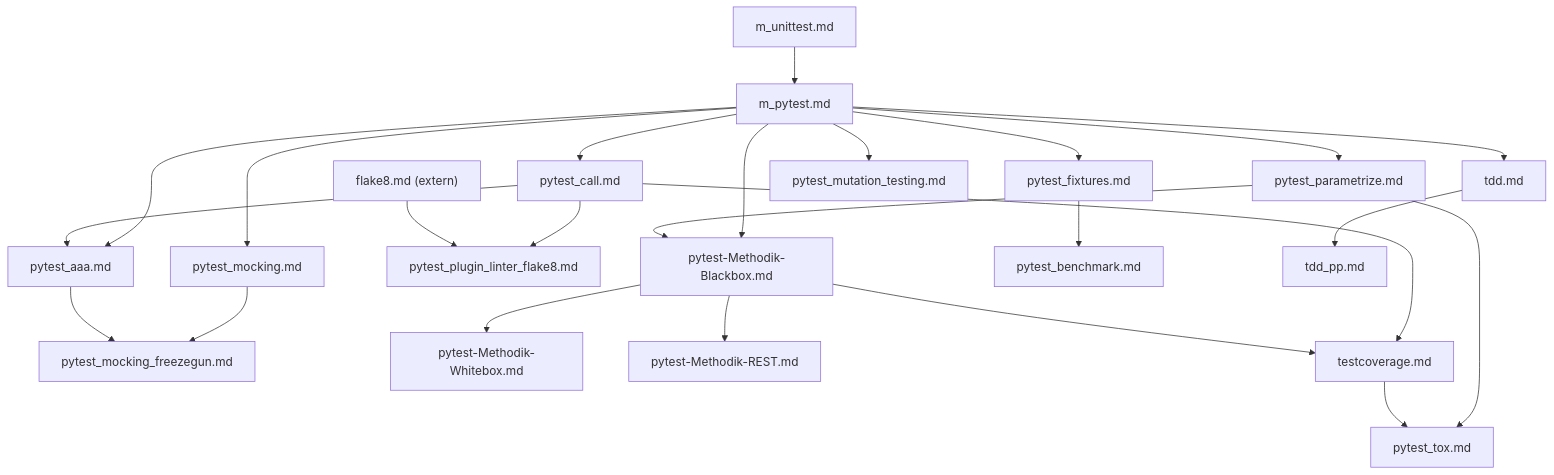
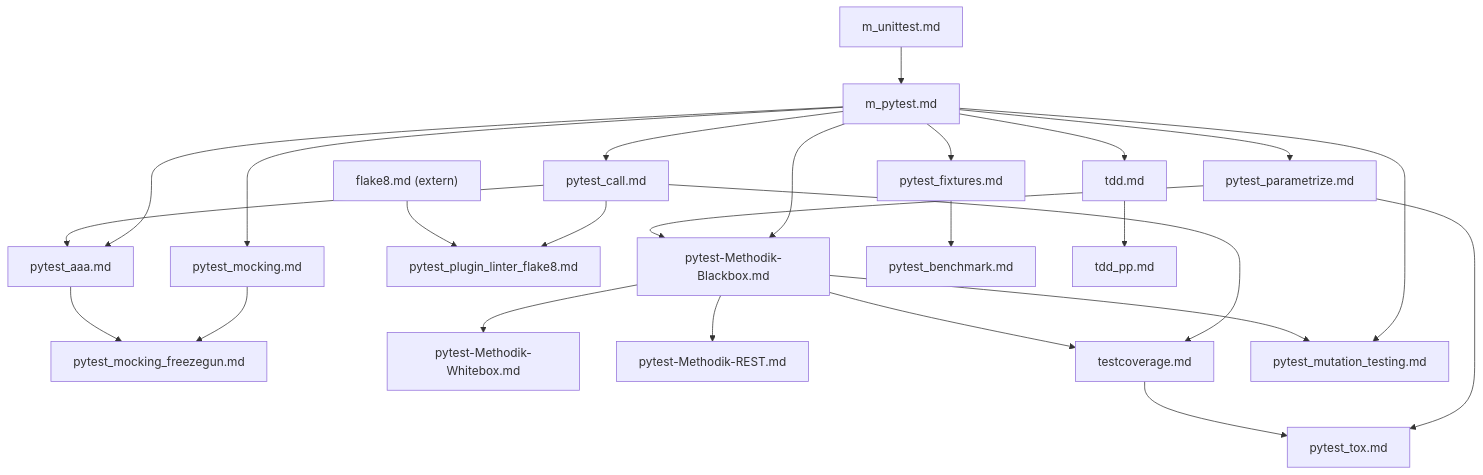
Before and after one commit to fubinf/propra-inf: the diagram in ch/Testen/Unittests/index.md, drawn with Mermaid. The commit also changed other lines of this file and 4 other files, not shown here.

Commit message:
pytest_mutation_testing.md: #157; added task in stage alpha

````diff
--- a/ch/Testen/Unittests/index.md
+++ b/ch/Testen/Unittests/index.md
@@ -19,46 +19,47 @@
 ```mermaid
 graph TD
     m_unittest["m_unittest.md"]
     m_pytest["m_pytest.md"]
     pytest_call["pytest_call.md"]
     pytest_parametrize["pytest_parametrize.md"]
     pytest_aaa["pytest_aaa.md"]
     pytest_fixtures["pytest_fixtures.md"]
     pytest_mocking["pytest_mocking.md"]
     pytest_mocking_freezegun["pytest_mocking_freezegun.md"]
     pytest_plugin_linter_flake8["pytest_plugin_linter_flake8.md"]
     tdd["tdd.md"]
     pytest_methodik_blackbox["pytest-Methodik-Blackbox.md"]
     pytest_methodik_whitebox["pytest-Methodik-Whitebox.md"]
     pytest_methodik_rest["pytest-Methodik-REST.md"]
     flake8_ext["flake8.md (extern)"]
     testcoverage["testcoverage.md"]
     pytest_benchmark["pytest_benchmark.md"]
     pytest_tox["pytest_tox.md"]
     pytest_mutation_testing["pytest_mutation_testing.md"]
     tdd_pp["tdd_pp.md"]
 
     m_unittest --> m_pytest
     m_pytest --> pytest_call
     m_pytest --> pytest_parametrize
     m_pytest --> pytest_aaa
     m_pytest --> pytest_fixtures
     m_pytest --> pytest_mocking
     m_pytest --> tdd
     m_pytest --> pytest_methodik_blackbox
     m_pytest --> pytest_mutation_testing
     pytest_call --> pytest_aaa
     pytest_call --> pytest_plugin_linter_flake8
     pytest_call --> testcoverage
     pytest_parametrize --> pytest_methodik_blackbox
     pytest_parametrize --> pytest_tox
     pytest_methodik_blackbox --> pytest_methodik_whitebox
     pytest_methodik_blackbox --> pytest_methodik_rest
     pytest_methodik_blackbox --> testcoverage
+    pytest_methodik_blackbox --> pytest_mutation_testing
     pytest_mocking --> pytest_mocking_freezegun
     pytest_aaa --> pytest_mocking_freezegun
     pytest_fixtures --> pytest_benchmark
     tdd --> tdd_pp
     testcoverage --> pytest_tox
     flake8_ext --> pytest_plugin_linter_flake8
 ```
````
